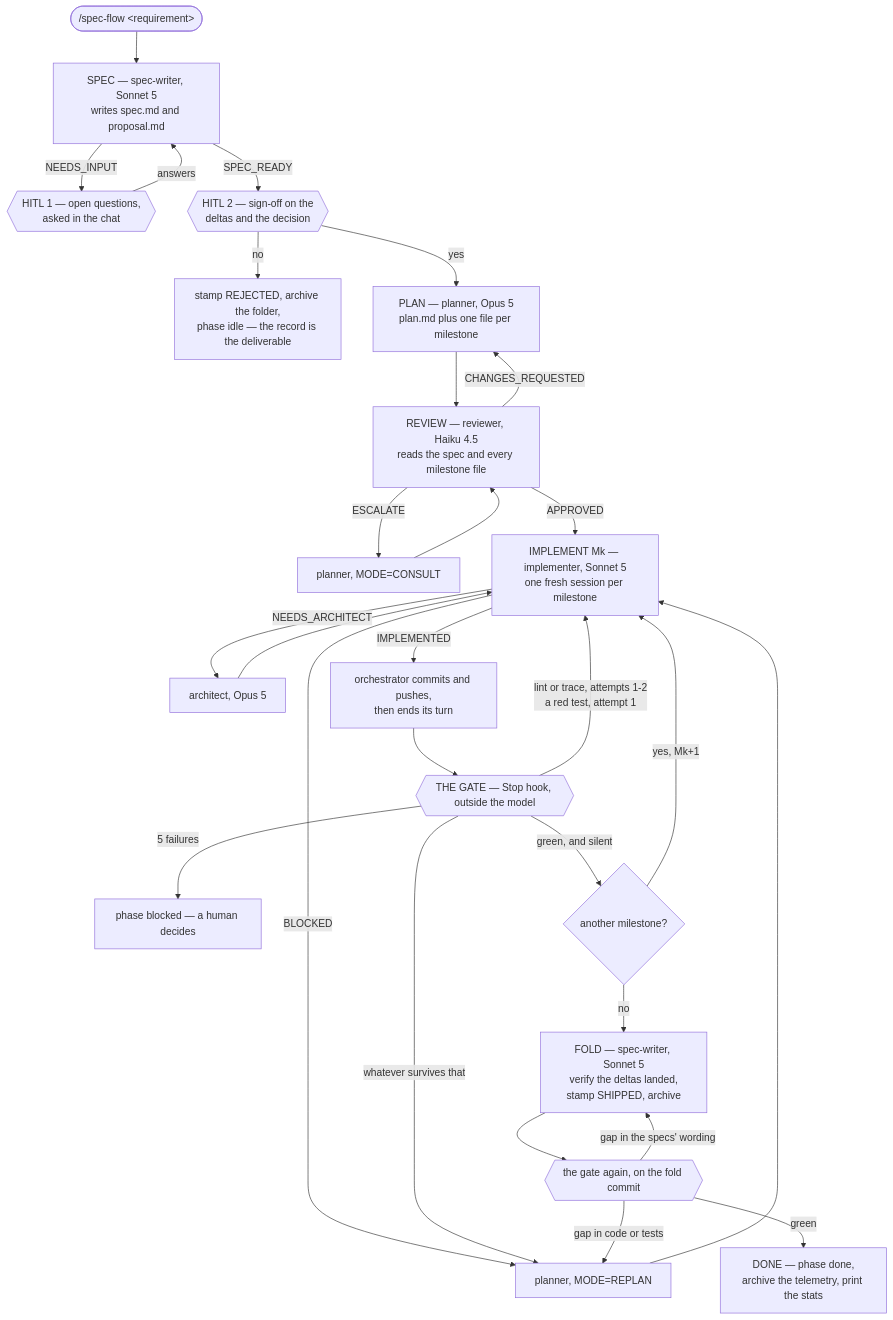
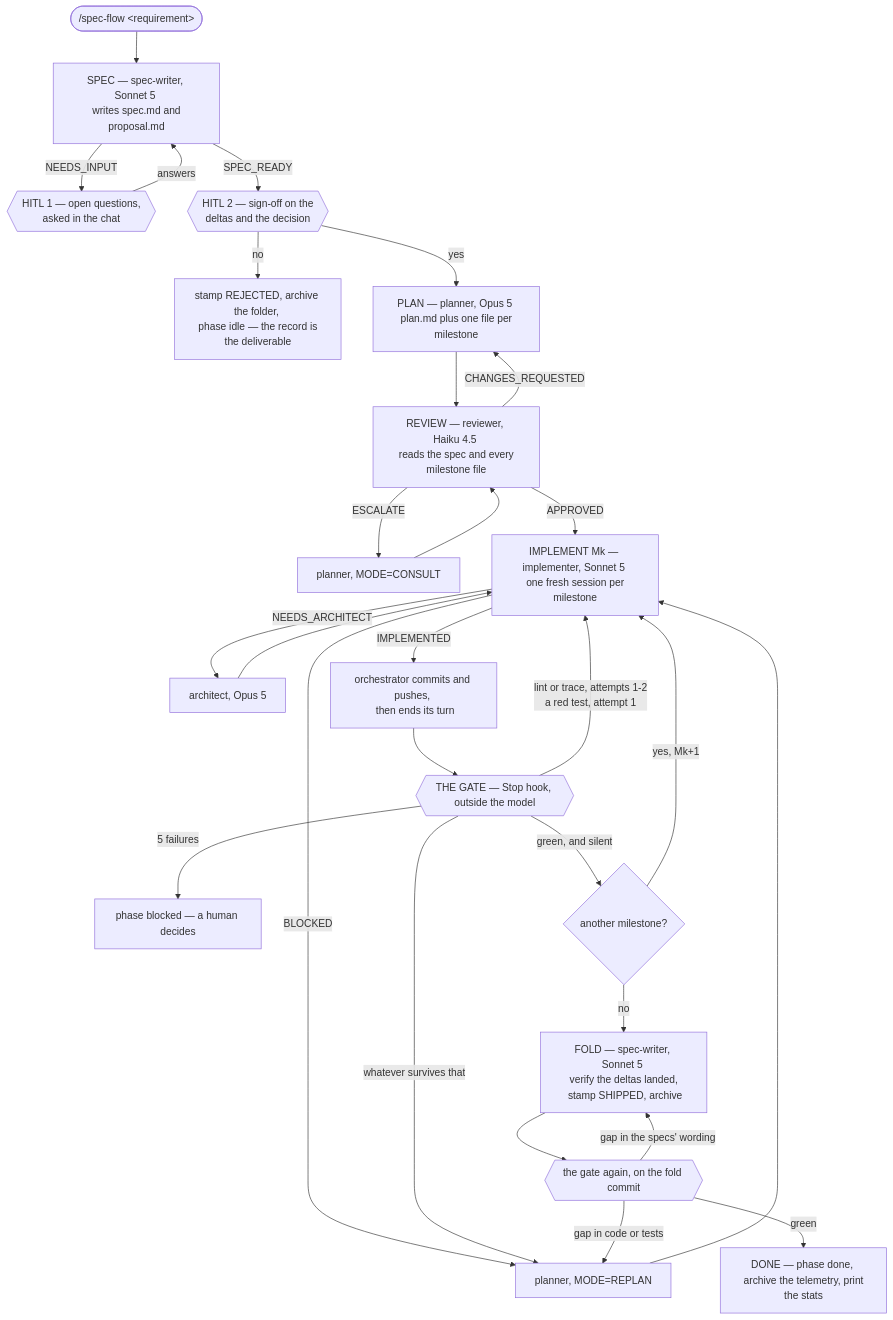
The first of 3 diagrams in README.md (IgnacioMarin402/spec-flow-plugin), drawn with Mermaid before and after one commit. The commit also changed other lines of this file, not shown here.

First line of the commit message:
docs: fix missing spaces around <br/> in the mermaid diagrams

````diff
--- a/README.md
+++ b/README.md
@@ -196,30 +196,30 @@
 ```mermaid
 flowchart TD
-    A(["/spec-flow &lt;requirement&gt;"]) --> B["SPEC — spec-writer, Sonnet 5<br/>writes spec.md and proposal.md"]
-    B -->|"NEEDS_INPUT"| Q{{"HITL 1 — open questions,<br/>asked in the chat"}}
+    A(["/spec-flow &lt;requirement&gt;"]) --> B["SPEC — spec-writer, Sonnet 5 <br/> writes spec.md and proposal.md"]
+    B -->|"NEEDS_INPUT"| Q{{"HITL 1 — open questions, <br/> asked in the chat"}}
     Q -->|"answers"| B
-    B -->|"SPEC_READY"| S{{"HITL 2 — sign-off on the<br/>deltas and the decision"}}
-    S -->|"no"| REJ["stamp REJECTED, archive the folder,<br/>phase idle — the record is the deliverable"]
-    S -->|"yes"| P["PLAN — planner, Opus 5<br/>plan.md plus one file per milestone"]
-    P --> R["REVIEW — reviewer, Haiku 4.5<br/>reads the spec and every milestone file"]
+    B -->|"SPEC_READY"| S{{"HITL 2 — sign-off on the <br/> deltas and the decision"}}
+    S -->|"no"| REJ["stamp REJECTED, archive the folder, <br/> phase idle — the record is the deliverable"]
+    S -->|"yes"| P["PLAN — planner, Opus 5 <br/> plan.md plus one file per milestone"]
+    P --> R["REVIEW — reviewer, Haiku 4.5 <br/> reads the spec and every milestone file"]
     R -->|"ESCALATE"| CON["planner, MODE=CONSULT"]
     CON --> R
     R -->|"CHANGES_REQUESTED"| P
-    R -->|"APPROVED"| I["IMPLEMENT Mk — implementer, Sonnet 5<br/>one fresh session per milestone"]
+    R -->|"APPROVED"| I["IMPLEMENT Mk — implementer, Sonnet 5 <br/> one fresh session per milestone"]
     I -->|"NEEDS_ARCHITECT"| ARCH["architect, Opus 5"]
     ARCH --> I
     I -->|"BLOCKED"| RE["planner, MODE=REPLAN"]
     RE --> I
-    I -->|"IMPLEMENTED"| CM["orchestrator commits and pushes,<br/>then ends its turn"]
+    I -->|"IMPLEMENTED"| CM["orchestrator commits and pushes, <br/> then ends its turn"]
     CM --> G{{"THE GATE — Stop hook, outside the model"}}
-    G -->|"lint or trace, attempts 1-2<br/>a red test, attempt 1"| I
+    G -->|"lint or trace, attempts 1-2 <br/> a red test, attempt 1"| I
     G -->|"whatever survives that"| RE
     G -->|"5 failures"| BLK["phase blocked — a human decides"]
     G -->|"green, and silent"| MORE{"another milestone?"}
     MORE -->|"yes, Mk+1"| I
-    MORE -->|"no"| F["FOLD — spec-writer, Sonnet 5<br/>verify the deltas landed,<br/>stamp SHIPPED, archive"]
+    MORE -->|"no"| F["FOLD — spec-writer, Sonnet 5 <br/> verify the deltas landed, <br/> stamp SHIPPED, archive"]
     F --> G2{{"the gate again, on the fold commit"}}
     G2 -->|"gap in the specs' wording"| F
     G2 -->|"gap in code or tests"| RE
-    G2 -->|"green"| D["DONE — phase done,<br/>archive the telemetry, print the stats"]
+    G2 -->|"green"| D["DONE — phase done, <br/> archive the telemetry, print the stats"]
 ```
````
